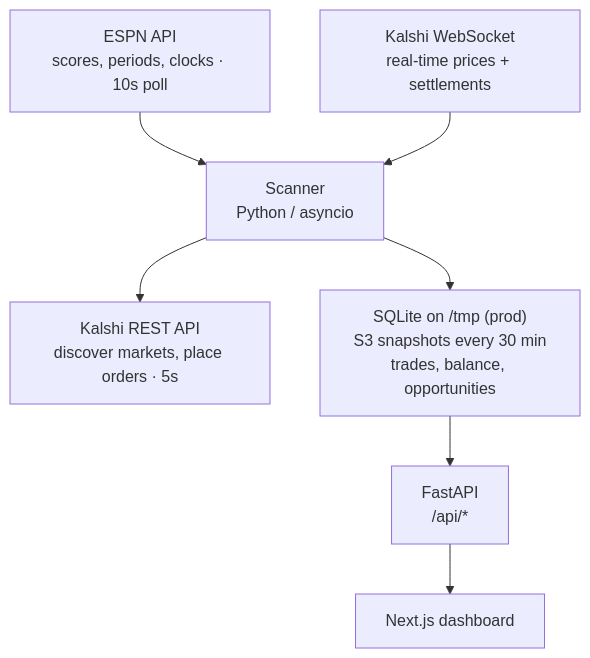
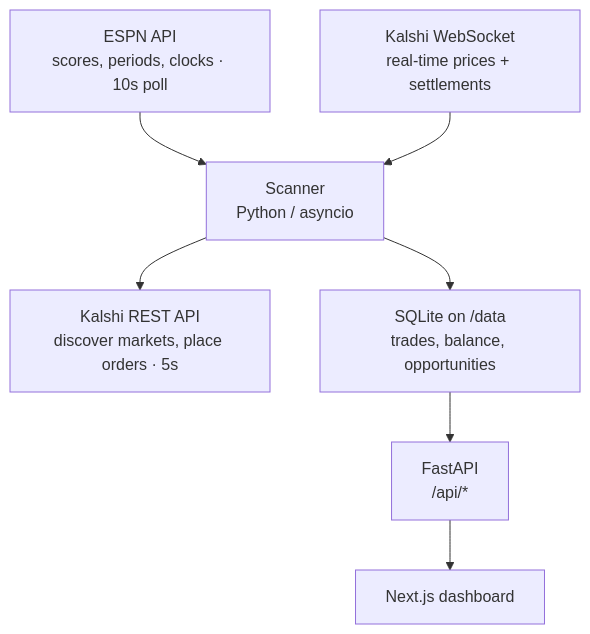
One commit to petrapa6/kalshi-trading changed the diagram in README.md. Above: the diagram before and after it, drawn with Mermaid. The commit also changed other lines of this file and 2 other files, not shown here.

````diff
--- a/README.md
+++ b/README.md
@@ -11,17 +16,17 @@
 ```mermaid
 graph TD
     ESPN["ESPN API<br/>scores, periods, clocks · 10s poll"]
     KWS["Kalshi WebSocket<br/>real-time prices + settlements"]
     KREST["Kalshi REST API<br/>discover markets, place orders · 5s"]
     SCANNER["Scanner<br/>Python / asyncio"]
-    DB["SQLite on /tmp (prod)<br/>S3 snapshots every 30 min<br/>trades, balance, opportunities"]
+    DB["SQLite on /data<br/>trades, balance, opportunities"]
     API["FastAPI<br/>/api/*"]
     DASH["Next.js dashboard"]
 
     ESPN --> SCANNER
     KWS --> SCANNER
     SCANNER --> DB
     SCANNER --> KREST
     DB --> API
     API --> DASH
 ```
````
